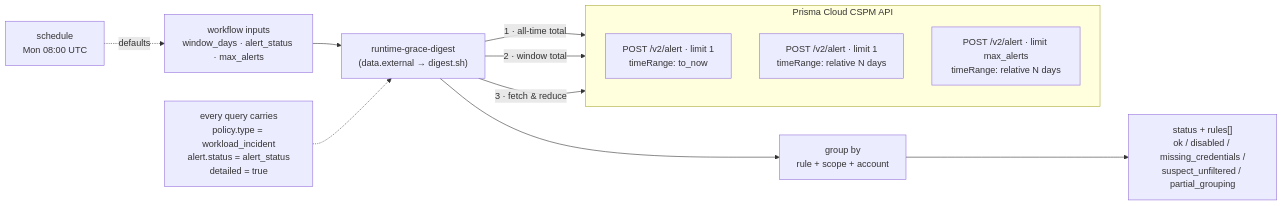
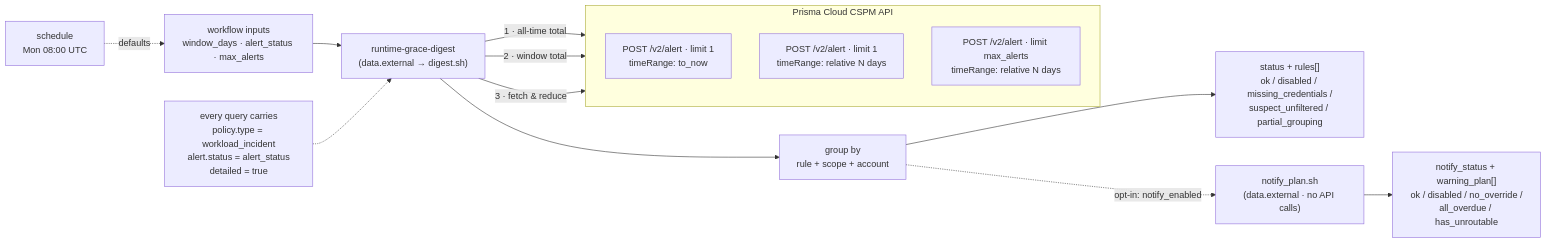
Before and after one commit to mdboynton/terraform-prisma-cloud-test: the fourth of 4 diagrams in ARCHITECTURE_DIAGRAM.md, drawn with Mermaid. The commit also changed other lines of this file and 2 other files, not shown here.

Commit message:
Document the grace warning: plan-only, required override, two send blockers

````diff
--- a/ARCHITECTURE_DIAGRAM.md
+++ b/ARCHITECTURE_DIAGRAM.md
@@ -193,20 +193,23 @@
 ```mermaid
 flowchart LR
     IN["workflow inputs<br/>window_days · alert_status · max_alerts"] --> M["runtime-grace-digest<br/>(data.external → digest.sh)"]
     SCHED["schedule<br/>Mon 08:00 UTC"] -.->|"defaults"| IN
 
     F["every query carries<br/>policy.type = workload_incident<br/>alert.status = alert_status<br/>detailed = true"] -.-> M
 
     subgraph CSPM["Prisma Cloud CSPM API"]
         direction TB
         ALL["POST /v2/alert · limit 1<br/>timeRange: to_now"]
         WIN["POST /v2/alert · limit 1<br/>timeRange: relative N days"]
         ROWS["POST /v2/alert · limit max_alerts<br/>timeRange: relative N days"]
     end
 
     M -->|"1 · all-time total"| ALL
     M -->|"2 · window total"| WIN
     M -->|"3 · fetch & reduce"| ROWS
     M --> G["group by<br/>rule + scope + account"]
     G --> OUT["status + rules[]<br/>ok / disabled / missing_credentials /<br/>suspect_unfiltered / partial_grouping"]
+
+    G -.->|"opt-in: notify_enabled"| N["notify_plan.sh<br/>(data.external · no API calls)"]
+    N --> NOUT["notify_status + warning_plan[]<br/>ok / disabled / no_override /<br/>all_overdue / has_unroutable"]
 ```
````
